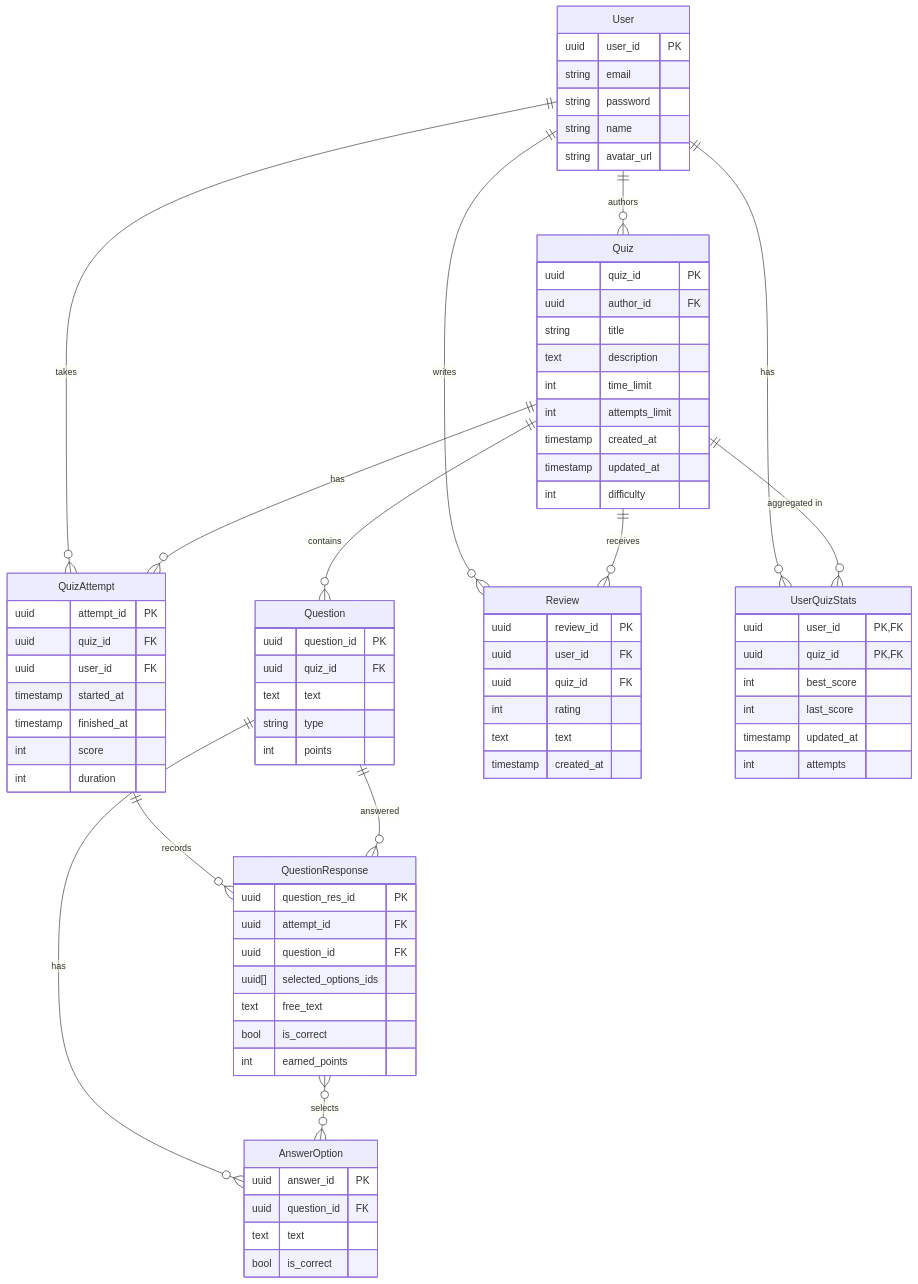
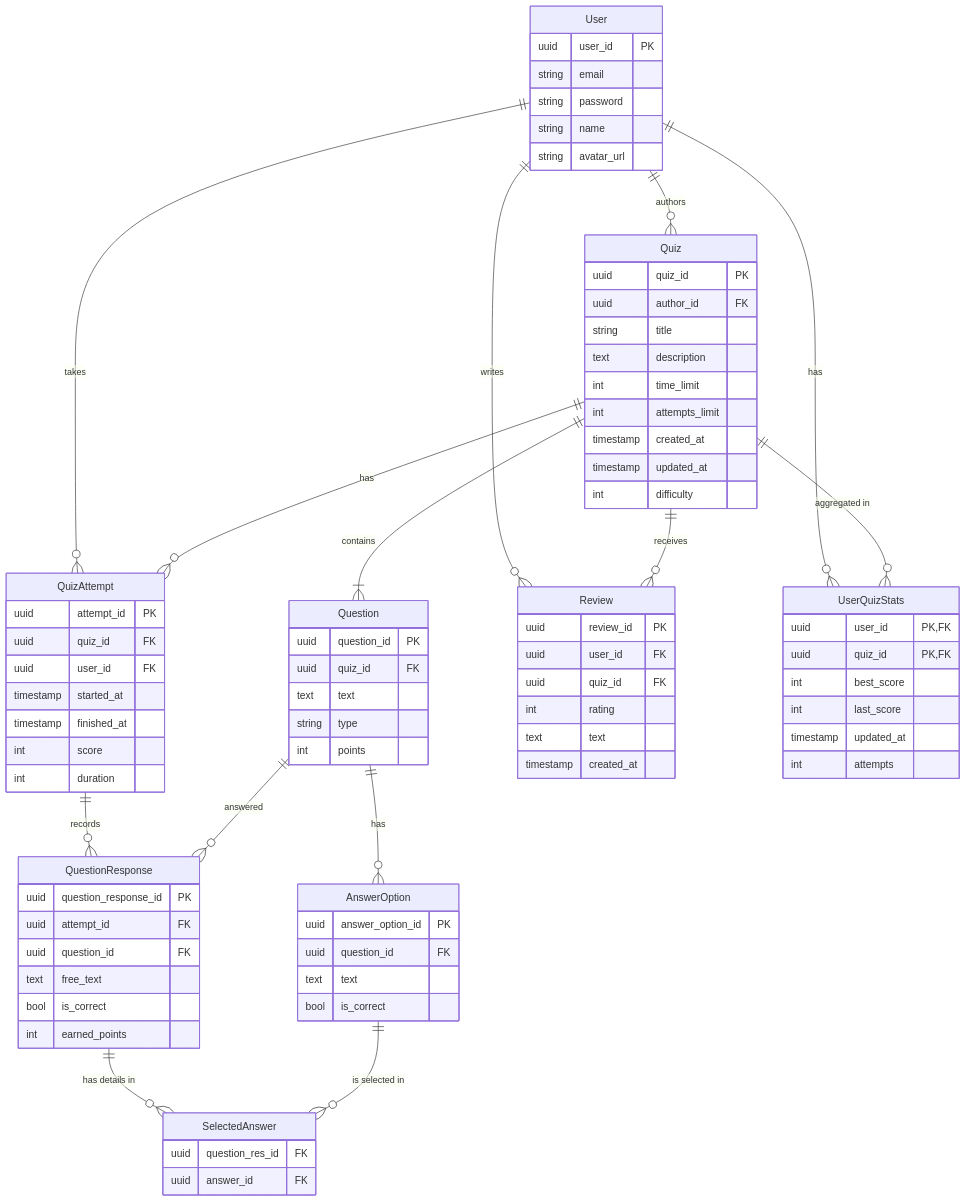
Before and after one commit to Alysseum17/KPI-labs: the diagram in Lab1/declarativeMermaid.mmd, drawn with Mermaid.

Commit message:
Refactor data model in declarativeMermaid.mmd

```diff
--- a/Lab1/declarativeMermaid.mmd
+++ b/Lab1/declarativeMermaid.mmd
@@ -1,92 +1,97 @@
 erDiagram
  
   User {
     uuid user_id PK
     string email
     string password
     string name
     string avatar_url
   }
 
   Quiz {
     uuid quiz_id PK
     uuid author_id FK
     string title
     text description
     int time_limit
     int attempts_limit
     timestamp created_at
     timestamp updated_at
     int difficulty
   }
 
   QuizAttempt {
     uuid attempt_id PK
     uuid quiz_id FK
     uuid user_id FK
     timestamp started_at
     timestamp finished_at
     int score
     int duration
   }
 
   Question {
     uuid question_id PK
     uuid quiz_id FK
     text text
     string type
     int points
   }
 
   AnswerOption {
-    uuid answer_id PK
+    uuid answer_option_id PK
     uuid question_id FK
     text text
     bool is_correct
   }
 
-  QuestionResponse {
-    uuid question_res_id PK
+QuestionResponse {
+    uuid question_response_id PK
     uuid attempt_id FK
     uuid question_id FK
-    uuid[] selected_options_ids
     text free_text
     bool is_correct
     int earned_points
   }
 
   Review {
     uuid review_id PK
     uuid user_id FK
     uuid quiz_id FK
     int rating
     text text
     timestamp created_at
+  }
+
+  SelectedAnswer {
+    uuid question_res_id FK
+    uuid answer_id FK
   }
 
   UserQuizStats {
     uuid user_id PK, FK
     uuid quiz_id PK, FK
     int best_score
     int last_score
     timestamp updated_at
     int attempts
   }
 
   User ||--o{ Quiz : "authors"
   User ||--o{ QuizAttempt : "takes"
   Quiz ||--o{ QuizAttempt : "has"
 
-  Quiz ||--o{ Question : "contains"
+  Quiz ||--|{ Question : "contains"
   Question ||--o{ AnswerOption : "has"
 
   QuizAttempt ||--o{ QuestionResponse : "records"
   Question ||--o{ QuestionResponse : "answered"
 
   User ||--o{ Review : "writes"
   Quiz ||--o{ Review : "receives"
 
   User ||--o{ UserQuizStats : "has"
   Quiz ||--o{ UserQuizStats : "aggregated in"
 
-  QuestionResponse }o--o{ AnswerOption : "selects"
+  QuestionResponse ||--o{ SelectedAnswer : "has details in"
+  AnswerOption ||--o{ SelectedAnswer : "is selected in"
```
